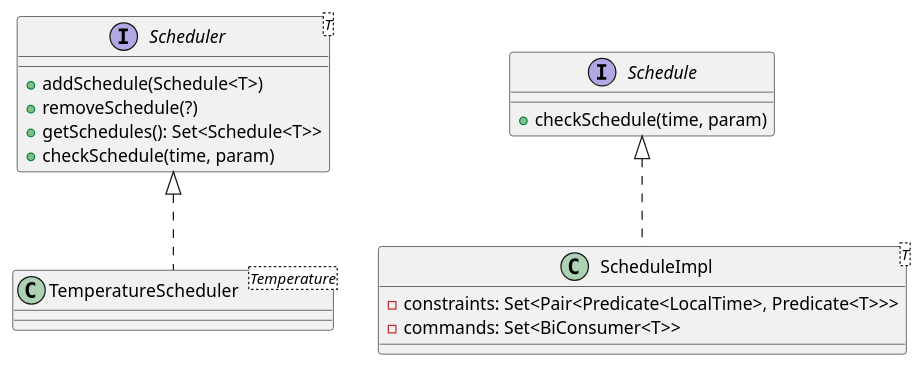
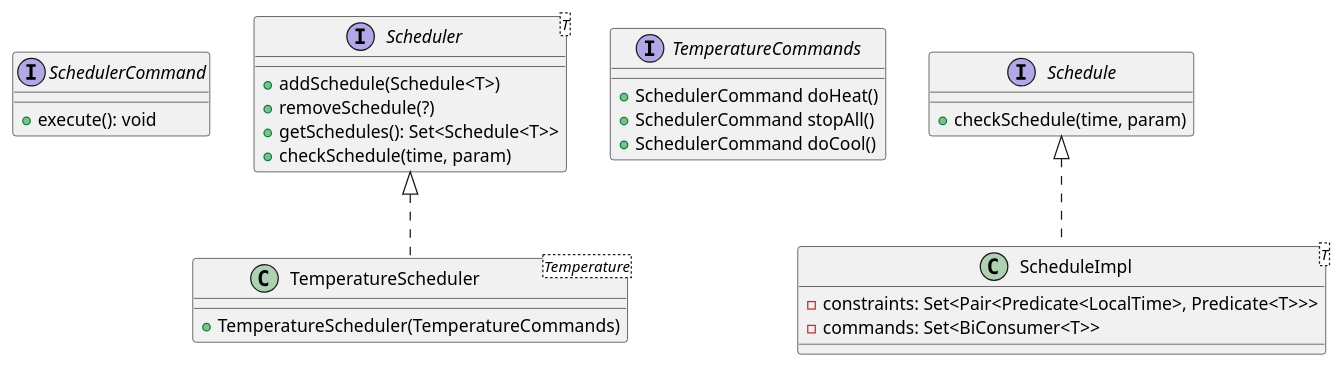
Before and after one commit to progetto-oop-22-23/OOP-report: the diagram in uml/magnani/scheduler.plantuml, drawn with PlantUML.

Commit message:
[uml] update scheduler

```diff
--- a/uml/magnani/scheduler.plantuml
+++ b/uml/magnani/scheduler.plantuml
@@ -1,23 +1,35 @@
 @startuml
+
+interface SchedulerCommand {
+	+ execute(): void
+}
 
 interface Scheduler<T> {
 	+ addSchedule(Schedule<T>)
 	+ removeSchedule(?)
 	+ getSchedules(): Set<Schedule<T>>
 	+ checkSchedule(time, param)
 }
 
-class TemperatureScheduler<Temperature> implements Scheduler {}
+interface TemperatureCommands {
+	+ SchedulerCommand doHeat()
+	+ SchedulerCommand stopAll()
+	+ SchedulerCommand doCool()
+}
+
+class TemperatureScheduler<Temperature> implements Scheduler {
+	+ TemperatureScheduler(TemperatureCommands)
+}
 
 interface Schedule {
 	+ checkSchedule(time, param)
 }
 
 class ScheduleImpl<T> implements Schedule {
 	' // - timeConstraints: Set<Predicate<LocalTime>>
 	' // - paramConstraints: Set<Predicate<T>>
 	- constraints: Set<Pair<Predicate<LocalTime>, Predicate<T>>>
 	- commands: Set<BiConsumer<T>>
 }
 
 @enduml
```
